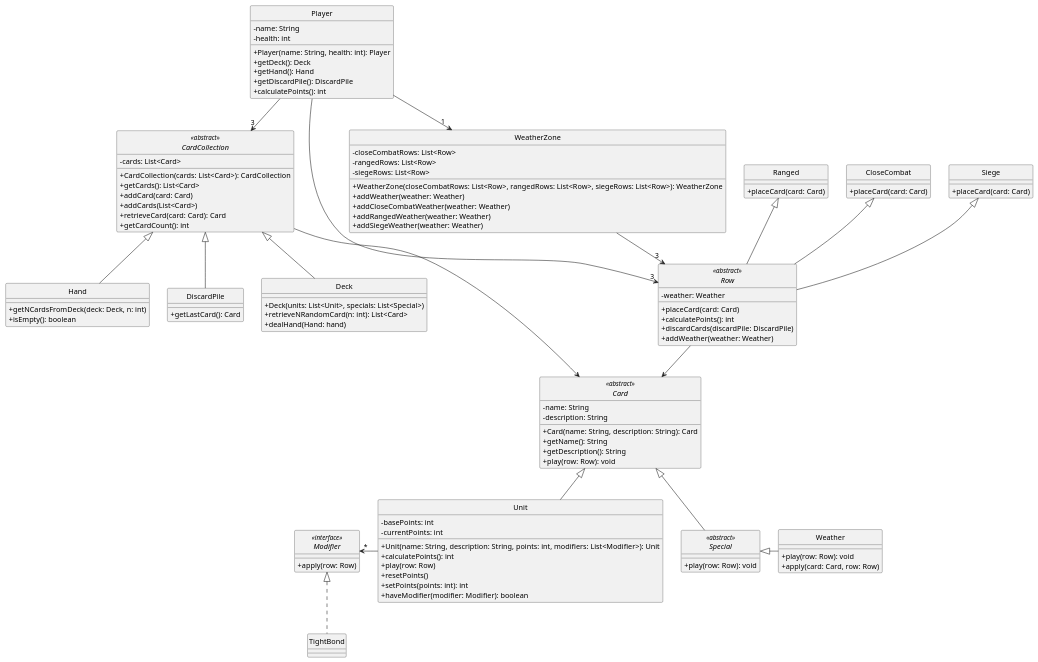
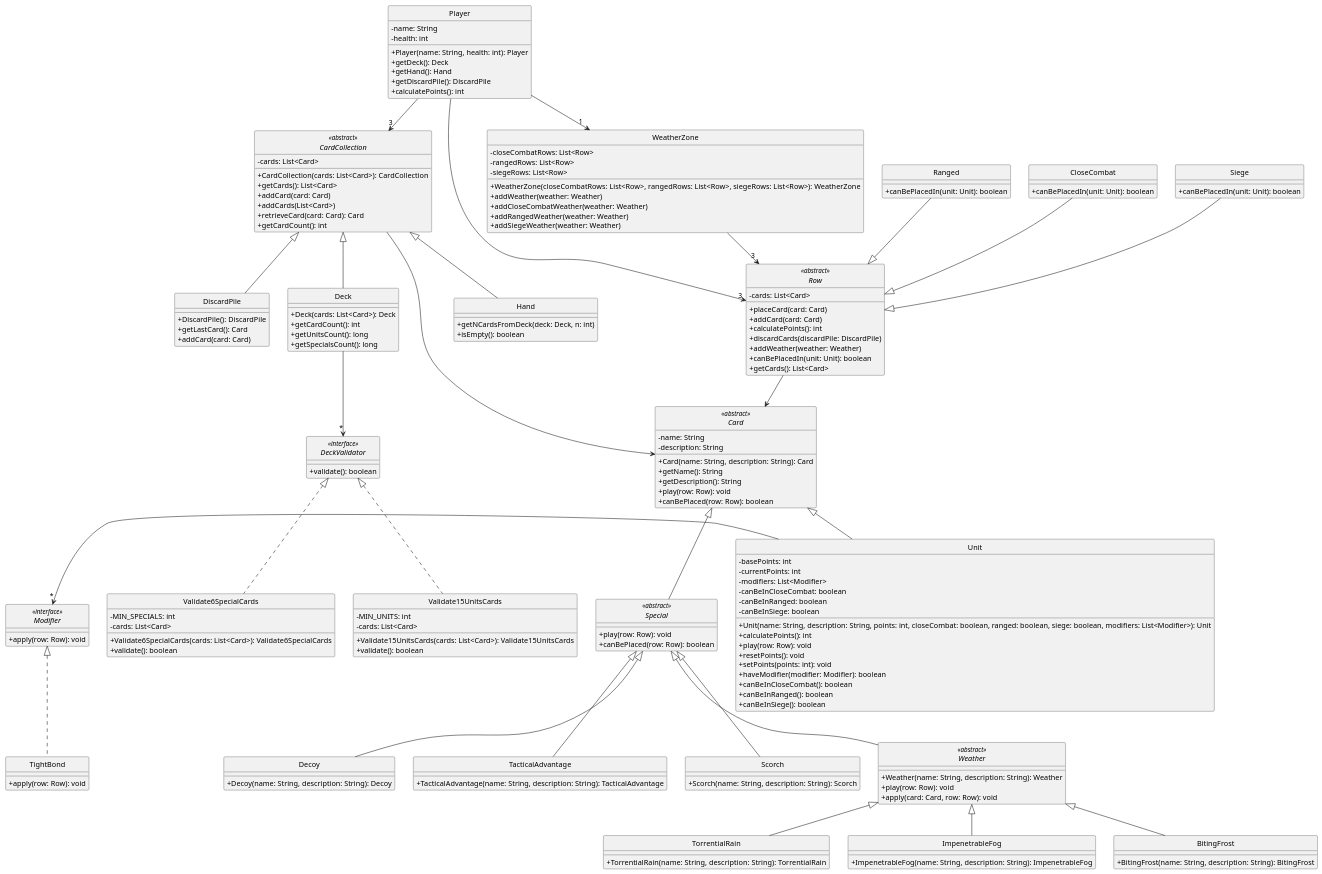
Before and after one commit to Yonhir/algo3_proyecto_base_tp2: the diagram in diagrams/classes/general.plantuml, drawn with PlantUML.

Commit message:
Update general diagram

```diff
--- a/diagrams/classes/general.plantuml
+++ b/diagrams/classes/general.plantuml
@@ -33,33 +33,39 @@
 }
 
 class DiscardPile {
+  +DiscardPile(): DiscardPile
   +getLastCard(): Card
+  +addCard(card: Card)
 }
 
 class Deck {
-  +Deck(units: List<Unit>, specials: List<Special>)
-  +retrieveNRandomCard(n: int): List<Card>
-  +dealHand(Hand: hand)
+  +Deck(cards: List<Card>): Deck
+  +getCardCount(): int
+  +getUnitsCount(): long
+  +getSpecialsCount(): long
 }
 
-interface Row <<abstract>> {
-  -weather: Weather
+abstract class Row <<abstract>> {
+  -cards: List<Card>
   +placeCard(card: Card)
+  +addCard(card: Card)
   +calculatePoints(): int
   +discardCards(discardPile: DiscardPile)
   +addWeather(weather: Weather)
+  +canBePlacedIn(unit: Unit): boolean
+  +getCards(): List<Card>
 }
 
 class Ranged {
-  +placeCard(card: Card)
+  +canBePlacedIn(unit: Unit): boolean
 }
 
 class CloseCombat {
-  +placeCard(card: Card)
+  +canBePlacedIn(unit: Unit): boolean
 }
 
 class Siege {
-  +placeCard(card: Card)
+  +canBePlacedIn(unit: Unit): boolean
 }
 
 class WeatherZone {
@@ -80,36 +86,87 @@
   +getName(): String
   +getDescription(): String
   +play(row: Row): void
+  +canBePlaced(row: Row): boolean
 }
 
 class Unit {
   -basePoints: int
   -currentPoints: int
-  +Unit(name: String, description: String, points: int, modifiers: List<Modifier>): Unit
+  -modifiers: List<Modifier>
+  -canBeInCloseCombat: boolean
+  -canBeInRanged: boolean
+  -canBeInSiege: boolean
+  +Unit(name: String, description: String, points: int, closeCombat: boolean, ranged: boolean, siege: boolean, modifiers: List<Modifier>): Unit
   +calculatePoints(): int
-  +play(row: Row)
-  +resetPoints()
-  +setPoints(points: int): int
+  +play(row: Row): void
+  +resetPoints(): void
+  +setPoints(points: int): void
   +haveModifier(modifier: Modifier): boolean
+  +canBeInCloseCombat(): boolean
+  +canBeInRanged(): boolean
+  +canBeInSiege(): boolean
 }
 
 abstract class Special <<abstract>> {
   +play(row: Row): void
+  +canBePlaced(row: Row): boolean
 }
 
-class TightBond{
-
+class TightBond {
+  +apply(row: Row): void
 }
 
 interface Modifier <<interface>> {
-    +apply(row: Row)
+  +apply(row: Row): void
 }
 
-class Weather {
+abstract class Weather <<abstract>> {
+  +Weather(name: String, description: String): Weather
   +play(row: Row): void
-  +apply(card: Card, row: Row)
+  +apply(card: Card, row: Row): void
 }
 
+class TorrentialRain {
+  +TorrentialRain(name: String, description: String): TorrentialRain
+}
+
+class ImpenetrableFog {
+  +ImpenetrableFog(name: String, description: String): ImpenetrableFog
+}
+
+class BitingFrost {
+  +BitingFrost(name: String, description: String): BitingFrost
+}
+
+class Decoy {
+  +Decoy(name: String, description: String): Decoy
+}
+
+class TacticalAdvantage {
+  +TacticalAdvantage(name: String, description: String): TacticalAdvantage
+}
+
+class Scorch {
+  +Scorch(name: String, description: String): Scorch
+}
+
+interface DeckValidator <<interface>> {
+  +validate(): boolean
+}
+
+class Validate6SpecialCards {
+  -MIN_SPECIALS: int
+  -cards: List<Card>
+  +Validate6SpecialCards(cards: List<Card>): Validate6SpecialCards
+  +validate(): boolean
+}
+
+class Validate15UnitsCards {
+  -MIN_UNITS: int
+  -cards: List<Card>
+  +Validate15UnitsCards(cards: List<Card>): Validate15UnitsCards
+  +validate(): boolean
+}
 
 ' =====================
 ' RELATIONSHIPS
@@ -120,14 +177,14 @@
 
 WeatherZone --> "3" Row
 
-CardCollection -->  Card
+CardCollection --> Card
 CardCollection <|-- Hand
 CardCollection <|-- DiscardPile
 CardCollection <|-- Deck
 
-Ranged <|-- Row
-CloseCombat <|-- Row
-Siege <|-- Row
+Ranged --|> Row
+CloseCombat --|> Row
+Siege --|> Row
 
 Row --> Card
 
@@ -135,6 +192,16 @@
 Card <|-- Special
 Modifier "*"<- Unit
 Modifier <|.. TightBond
-Special <|- Weather
+Special <|-- Weather
+Weather <|-- TorrentialRain
+Weather <|-- ImpenetrableFog
+Weather <|-- BitingFrost
+Special <|-- Decoy
+Special <|-- TacticalAdvantage
+Special <|-- Scorch
+
+Deck --> "*" DeckValidator
+DeckValidator <|.. Validate6SpecialCards
+DeckValidator <|.. Validate15UnitsCards
 
 @enduml
```
